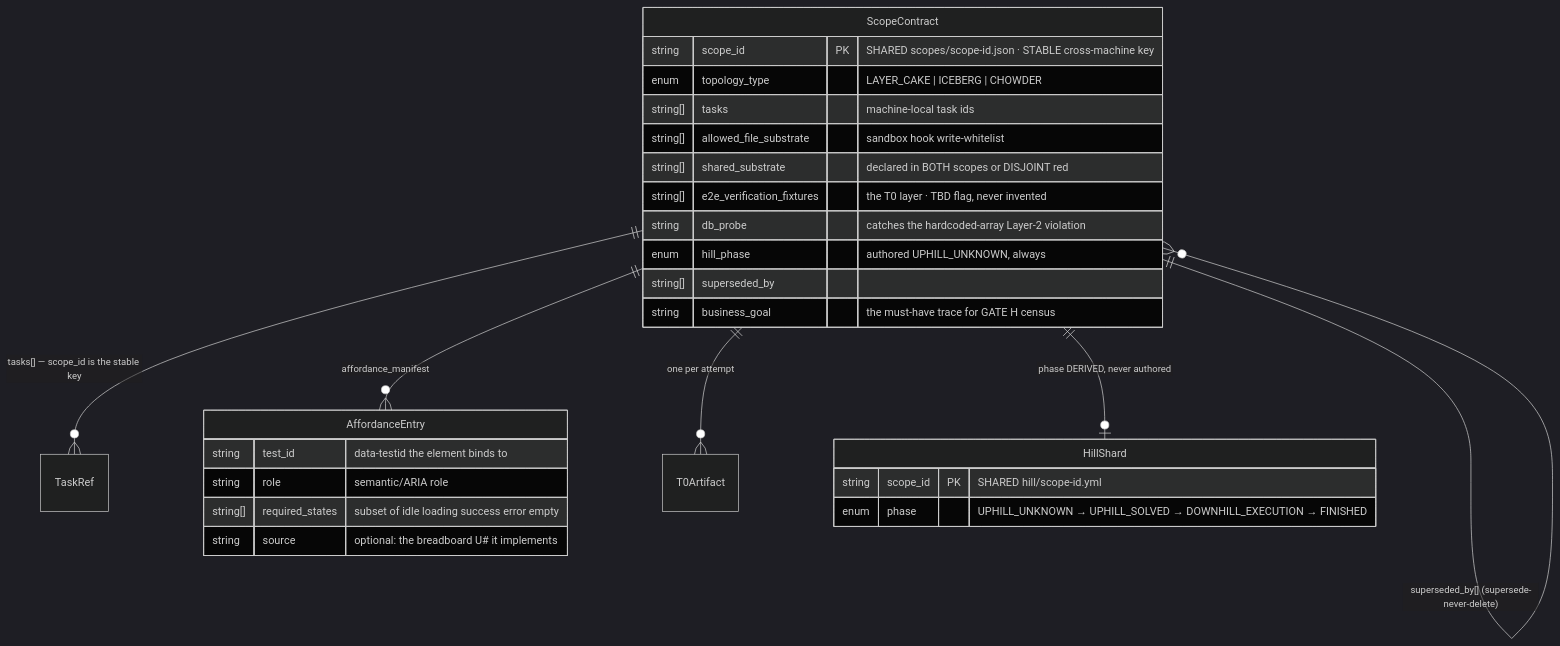
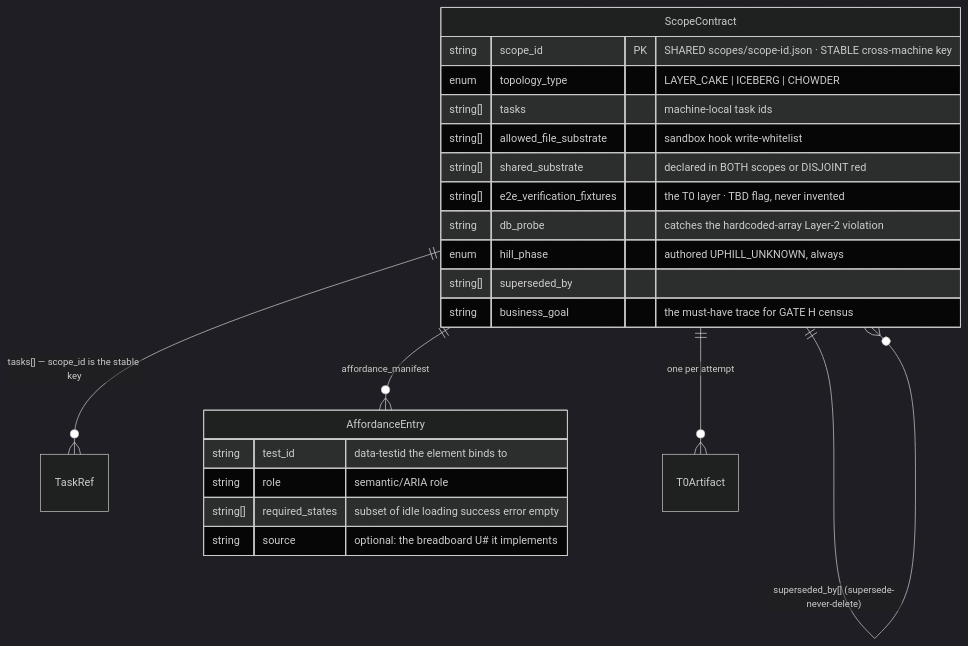
Before and after one commit to nguyenvanphituoc/shapeup-sdlc-plugin: the third of 3 diagrams in docs/design/07-domain-erd.md, drawn with Mermaid (dark theme). The commit also changed other lines of this file and 10 other files, not shown here.

````diff
--- a/docs/design/07-domain-erd.md
+++ b/docs/design/07-domain-erd.md
@@ -195,31 +197,26 @@
 ```mermaid
 erDiagram
     ScopeContract ||--o{ TaskRef : "tasks[] — scope_id is the stable key"
     ScopeContract ||--o{ AffordanceEntry : "affordance_manifest"
     ScopeContract ||--o{ T0Artifact : "one per attempt"
-    ScopeContract ||--o| HillShard : "phase DERIVED, never authored"
     ScopeContract ||--o{ ScopeContract : "superseded_by[] (supersede-never-delete)"
 
     ScopeContract {
         string scope_id PK "SHARED scopes/scope-id.json · STABLE cross-machine key"
         enum topology_type "LAYER_CAKE | ICEBERG | CHOWDER"
         string[] tasks "machine-local task ids"
         string[] allowed_file_substrate "sandbox hook write-whitelist"
         string[] shared_substrate "declared in BOTH scopes or DISJOINT red"
         string[] e2e_verification_fixtures "the T0 layer · TBD flag, never invented"
         string db_probe "catches the hardcoded-array Layer-2 violation"
         enum hill_phase "authored UPHILL_UNKNOWN, always"
         string[] superseded_by
         string business_goal "the must-have trace for GATE H census"
     }
     AffordanceEntry {
         string test_id "data-testid the element binds to"
         string role "semantic/ARIA role"
         string[] required_states "subset of idle loading success error empty"
         string source "optional: the breadboard U# it implements"
     }
-    HillShard {
-        string scope_id PK "SHARED hill/scope-id.yml"
-        enum phase "UPHILL_UNKNOWN → UPHILL_SOLVED → DOWNHILL_EXECUTION → FINISHED"
-    }
 ```
````
